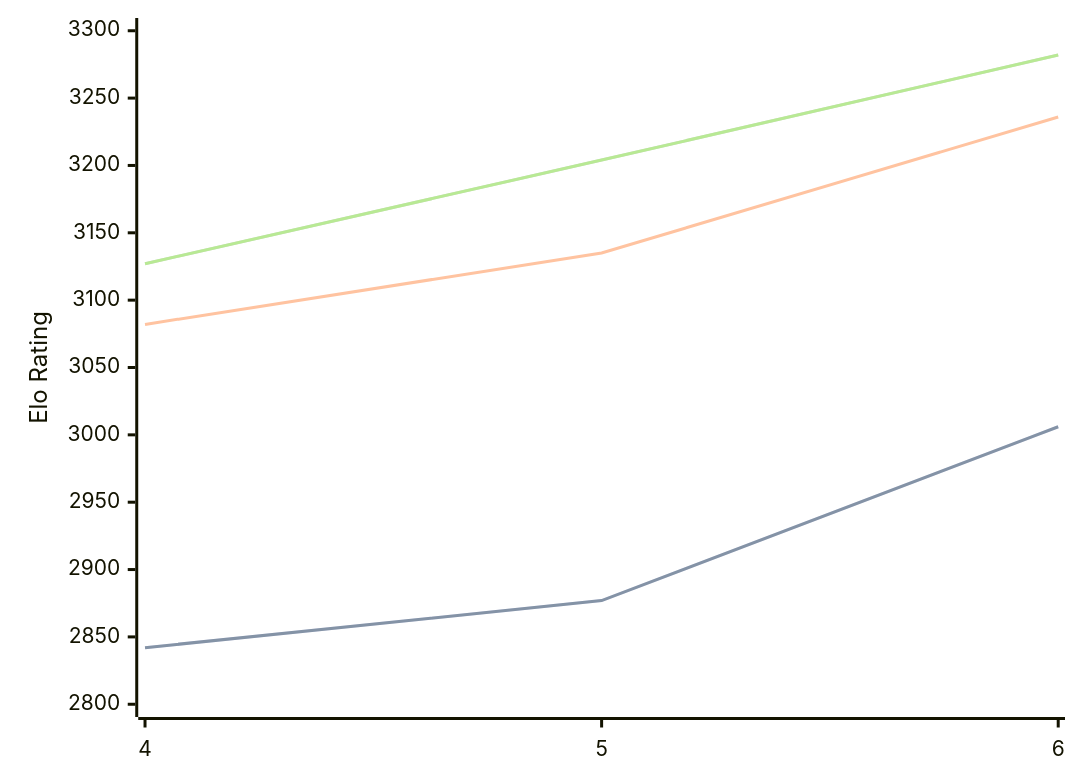
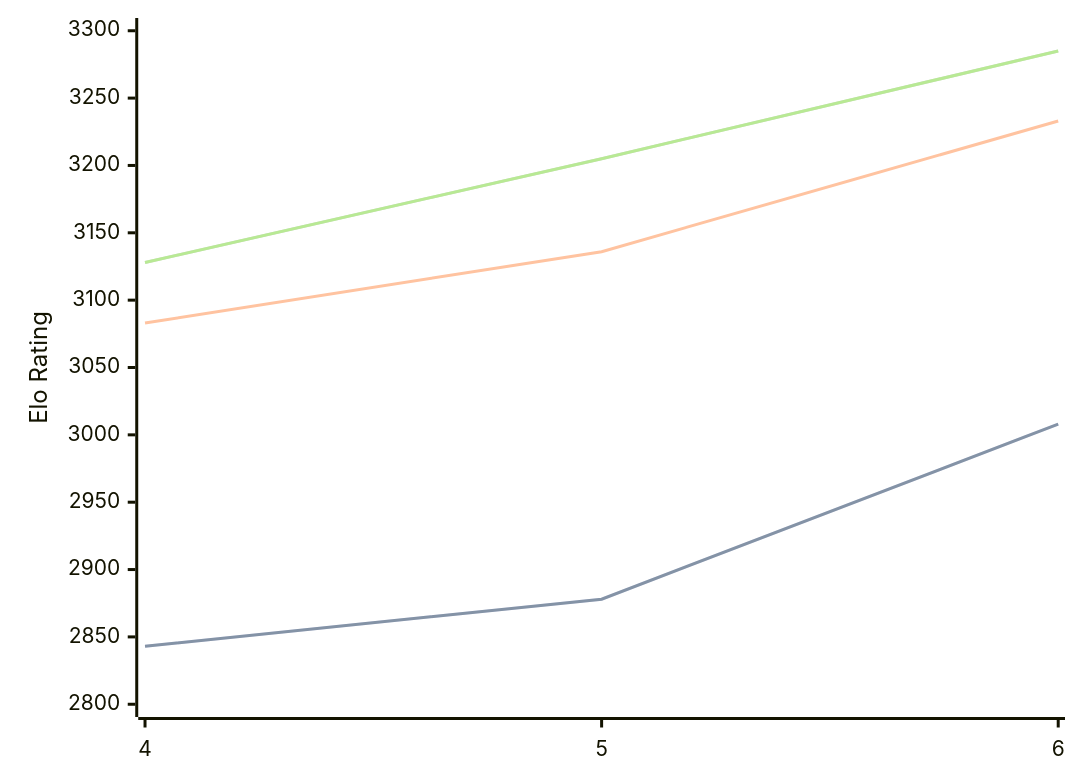
One commit to computer-chess-index/cci changed the diagram in engines/Cwtch.md. Above: the diagram before and after it, drawn with Mermaid. The commit also changed other lines of this file, not shown here.

Commit message:
Update CCI Ratings (ELO VLTC) - 2026-08-22

````diff
--- a/engines/Cwtch.md
+++ b/engines/Cwtch.md
@@ -34,11 +34,11 @@
 ```mermaid
 %%{init: {"theme":"base","themeVariables":{"seriesColors:['#a3a3a3','#222221','#faa371']}}}%%
 xychart-beta
   x-axis ["4", "5", "6"]
   y-axis "Elo Rating" 2800 --> 3300
-  line "STC (8.0+0.08s)" [2842, 2877, 3006]
-  line "STC (8.0+0.08s)" [2842, 2877, 3006]
-  line "LTC (60.0+0.60s)" [3082, 3135, 3236]
-  line "VLTC (2m24s+1.12s)" [3127, 3204, 3282]
-  line "VLTC (2m24s+1.12s)" [3127, 3204, 3282]
+  line "STC (8.0+0.08s)" [2843, 2878, 3008]
+  line "STC (8.0+0.08s)" [2843, 2878, 3008]
+  line "LTC (60.0+0.60s)" [3083, 3136, 3233]
+  line "VLTC (2m24s+1.12s)" [3128, 3205, 3285]
+  line "VLTC (2m24s+1.12s)" [3128, 3205, 3285]
 ```
````
